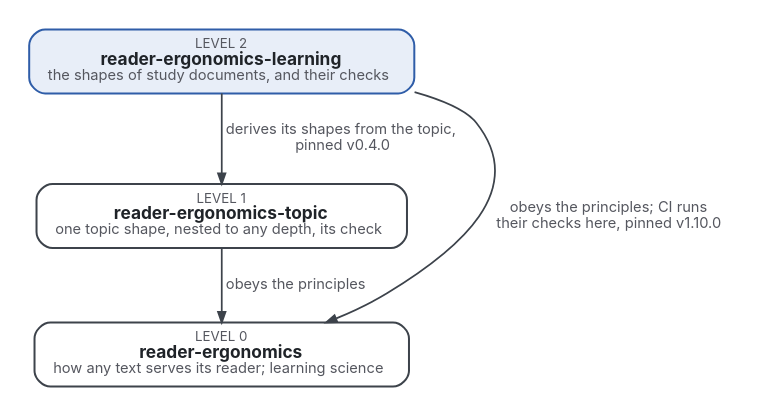
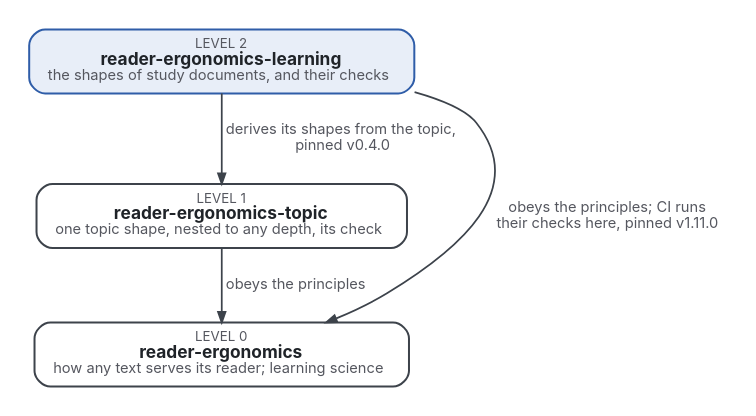
Before and after one commit to Tewf/reader-ergonomics-learning: the diagram in where-it-sits.dot, drawn with Graphviz. The commit also changed 30 other files, not shown here.

```diff
--- a/where-it-sits.dot
+++ b/where-it-sits.dot
@@ -1,11 +1,11 @@
 digraph levels {
   graph [rankdir=TB, nodesep=0.6, ranksep=0.6, bgcolor="white", pad=0.2, fontname="Inter"];
   node  [shape=box, style="rounded,filled", fontname="Inter", fontsize=13, margin="0.2,0.1", penwidth=1.5, fontcolor="#1F2328"];
   edge  [fontname="Inter", fontsize=11, color="#3D434B", fontcolor="#55575F", penwidth=1.3, arrowsize=0.8];
   L [label=<<font point-size="10" color="#55575F">LEVEL 2</font><br/><b>reader-ergonomics-learning</b><br/><font point-size="11" color="#55575F">the shapes of study documents, and their checks</font>>, fillcolor="#E8EEF8", color="#2F5DA8"];
   T [label=<<font point-size="10" color="#55575F">LEVEL 1</font><br/><b>reader-ergonomics-topic</b><br/><font point-size="11" color="#55575F">one topic shape, nested to any depth, its check</font>>, fillcolor="#FFFFFF", color="#3D434B"];
   R [label=<<font point-size="10" color="#55575F">LEVEL 0</font><br/><b>reader-ergonomics</b><br/><font point-size="11" color="#55575F">how any text serves its reader; learning science</font>>, fillcolor="#FFFFFF", color="#3D434B"];
   L -> T [label=<  derives its shapes from the topic,<br/>  pinned v0.4.0>];
   T -> R [label=<  obeys the principles>];
-  L -> R [label=<  obeys the principles; CI runs<br/>  their checks here, pinned v1.10.0>, constraint=false];
+  L -> R [label=<  obeys the principles; CI runs<br/>  their checks here, pinned v1.11.0>, constraint=false];
 }
```
